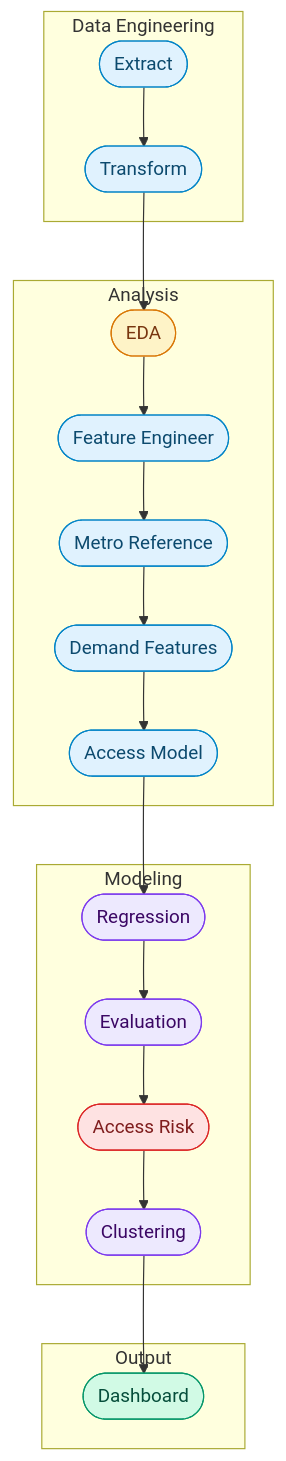
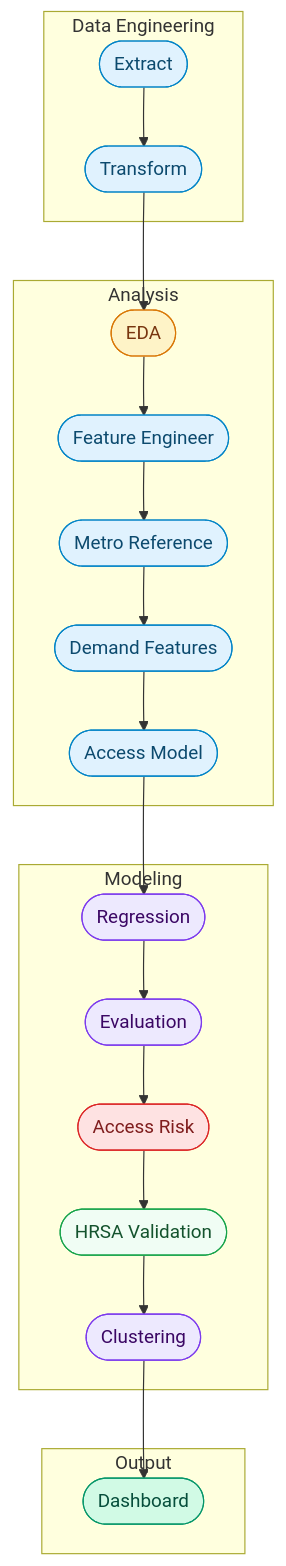
The diagram in README.md (kennethyeaher/inst737-final-project-kenneth-yeaher), drawn with Mermaid before and after one commit. The commit also changed other lines of this file and 4 other files, not shown here.

Commit message:
feat: add HRSA HPSA external validation with precision/recall and Spearman correlation

````diff
--- a/README.md
+++ b/README.md
@@ -160,40 +162,43 @@
 ```mermaid
 flowchart TD
     subgraph ETL ["Data Engineering"]
         A([Extract]) --> B([Transform])
     end
 
     subgraph ANALYSIS ["Analysis"]
         C([EDA]) --> D([Feature Engineer])
         D --> E([Metro Reference])
         E --> L([Demand Features])
         L --> F([Access Model])
     end
 
     subgraph MODELING ["Modeling"]
         G([Regression]) --> H([Evaluation])
         H --> I([Access Risk])
-        I --> J([Clustering])
+        I --> N([HRSA Validation])
+        N --> J([Clustering])
     end
 
     subgraph OUTPUT ["Output"]
         K([Dashboard])
     end
 
     B --> C
     F --> G
     J --> K
 
     classDef etl fill:#e0f2fe,stroke:#0284c7,color:#0c4a6e
     classDef eda fill:#fef3c7,stroke:#d97706,color:#78350f
     classDef model fill:#ede9fe,stroke:#7c3aed,color:#3b0764
     classDef risk fill:#fee2e2,stroke:#dc2626,color:#7f1d1d
+    classDef valid fill:#f0fdf4,stroke:#16a34a,color:#14532d
     classDef dash fill:#d1fae5,stroke:#059669,color:#064e3b
 
     class A,B etl
     class C eda
     class D,E,L,F etl
     class G,H,J model
     class I risk
+    class N valid
     class K dash
 ```
````
